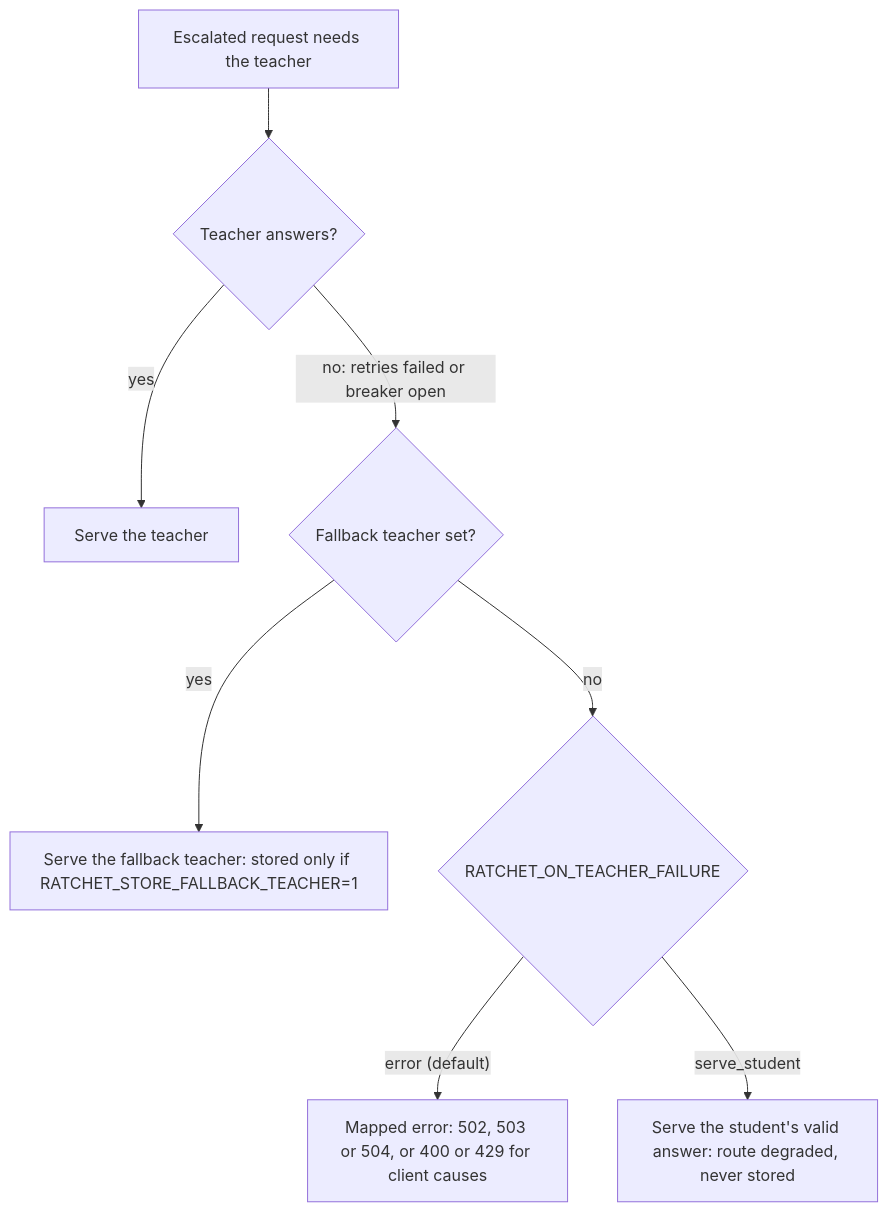
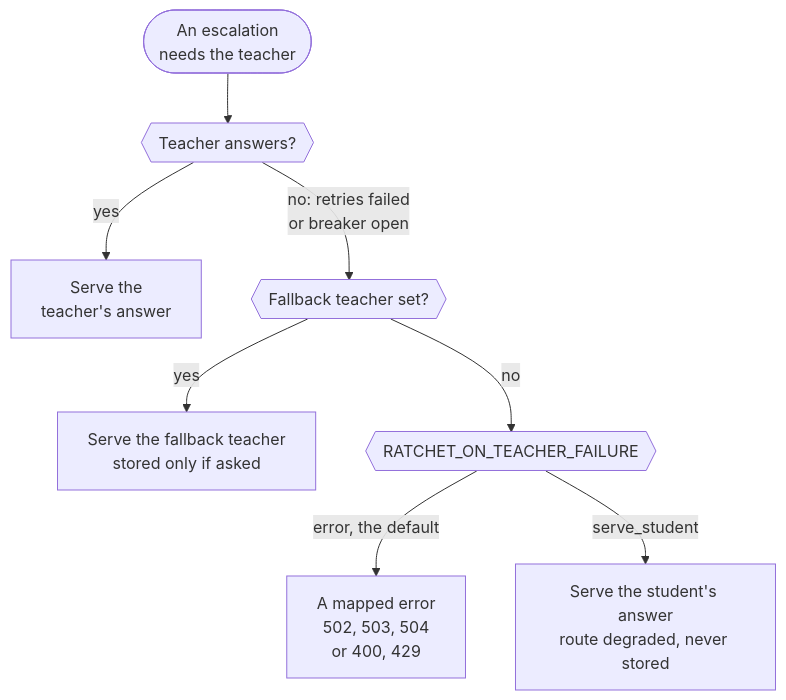
Before and after one commit to harshbhx/ratchet: the fourth of 5 diagrams in docs-site/src/content/docs/guides/escalation-and-audits.mdx, drawn with Mermaid. The commit also changed other lines of this file and 25 other files, not shown here.

````diff
--- a/docs-site/src/content/docs/guides/escalation-and-audits.mdx
+++ b/docs-site/src/content/docs/guides/escalation-and-audits.mdx
@@ -170,10 +226,16 @@
 ```mermaid
-flowchart TD
-    A["Escalated request needs the teacher"] --> B{"Teacher answers?"}
-    B -->|yes| OK["Serve the teacher"]
-    B -->|"no: retries failed or breaker open"| C{"Fallback teacher set?"}
-    C -->|yes| F["Serve the fallback teacher: stored only if RATCHET_STORE_FALLBACK_TEACHER=1"]
-    C -->|no| D{"RATCHET_ON_TEACHER_FAILURE"}
-    D -->|"error (default)"| E["Mapped error: 502, 503 or 504, or 400 or 429 for client causes"]
-    D -->|serve_student| G["Serve the student's valid answer: route degraded, never stored"]
+flowchart TB
+  A(["An escalation<br/>needs the teacher"]) --> B{{"Teacher answers?"}}
+  B -->|yes| OK["Serve the<br/>teacher's answer"]
+  B -->|"no: retries failed<br/>or breaker open"| C{{"Fallback teacher set?"}}
+  C -->|yes| F["Serve the fallback teacher<br/>stored only if asked"]
+  C -->|no| D{{"RATCHET_ON_TEACHER_FAILURE"}}
+  D -->|"error, the default"| E["A mapped error<br/>502, 503, 504<br/>or 400, 429"]
+  D -->|serve_student| G["Serve the student's answer<br/>route degraded, never stored"]
+
+  class A neutral
+  class B,C,D gate
+  class OK teacher
+  class F,G outline
+  class E danger
 ```
````
